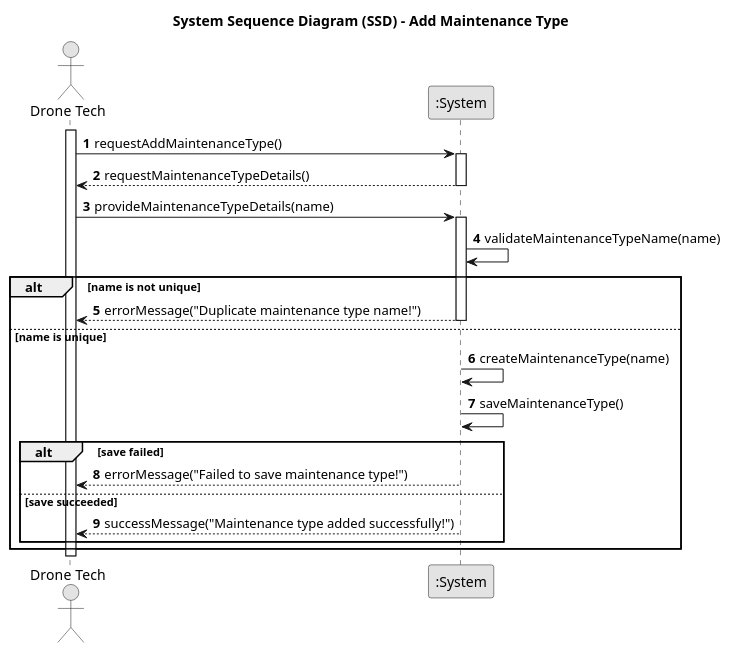
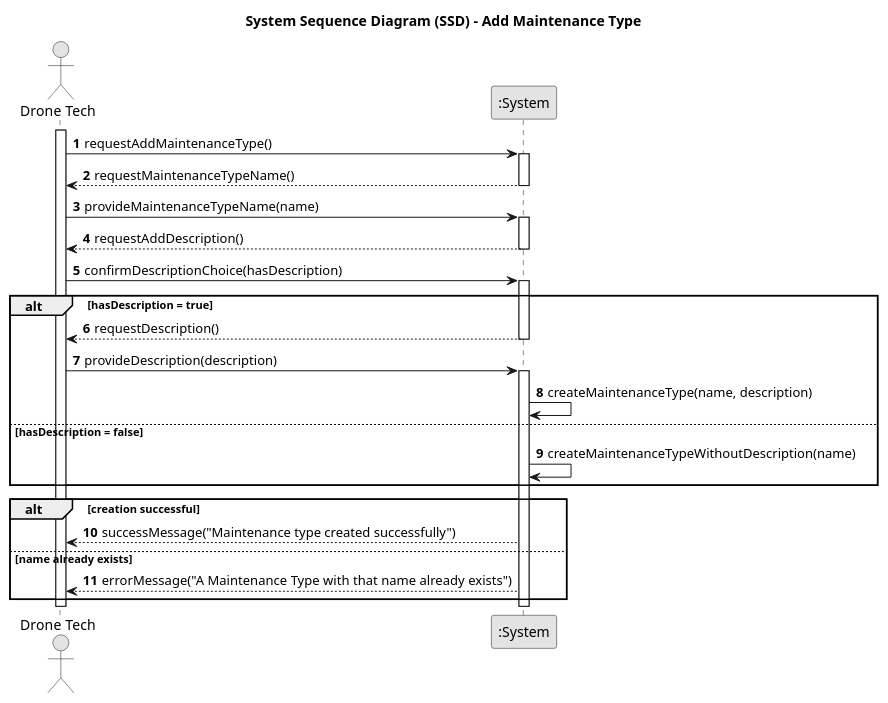
The diagram in docs/planning/sprint3/EAPLI/US321 - Add maintenance type/01.requirements-engineering/puml/us321-system-sequence-diagram.puml (SAEmanuel/Shodrone_ISEP), drawn with PlantUML before and after one commit. The commit also changed 1 other file, not shown here.

```diff
--- a/docs/planning/sprint3/EAPLI/US321 - Add maintenance type/01.requirements-engineering/puml/us321-system-sequence-diagram.puml
+++ b/docs/planning/sprint3/EAPLI/US321 - Add maintenance type/01.requirements-engineering/puml/us321-system-sequence-diagram.puml
@@ -1,39 +1,46 @@
 @startuml
 skinparam monochrome true
 skinparam packageStyle rectangle
 skinparam shadowing false
 
 title System Sequence Diagram (SSD) - Add Maintenance Type
 
 autonumber
 
 actor "Drone Tech" as DT
 participant ":System" as System
 
 activate DT
 
 DT -> System: requestAddMaintenanceType()
 activate System
-System --> DT: requestMaintenanceTypeDetails()
+System --> DT: requestMaintenanceTypeName()
 deactivate System
 
-DT -> System: provideMaintenanceTypeDetails(name)
+DT -> System: provideMaintenanceTypeName(name)
 activate System
-System -> System: validateMaintenanceTypeName(name)
-alt name is not unique
-    System --> DT: errorMessage("Duplicate maintenance type name!")
+System --> DT: requestAddDescription()
+deactivate System
+
+DT -> System: confirmDescriptionChoice(hasDescription)
+activate System
+alt hasDescription = true
+    System --> DT: requestDescription()
     deactivate System
-else name is unique
-    System -> System: createMaintenanceType(name)
-    System -> System: saveMaintenanceType()
-    alt save failed
-        System --> DT: errorMessage("Failed to save maintenance type!")
-    else save succeeded
-        System --> DT: successMessage("Maintenance type added successfully!")
-    end
-    deactivate System
+    DT -> System: provideDescription(description)
+    activate System
+    System -> System: createMaintenanceType(name, description)
+else hasDescription = false
+    System -> System: createMaintenanceTypeWithoutDescription(name)
 end
+
+alt creation successful
+    System --> DT: successMessage("Maintenance type created successfully")
+else name already exists
+    System --> DT: errorMessage("A Maintenance Type with that name already exists")
+end
+deactivate System
 
 deactivate DT
 
 @enduml
```
